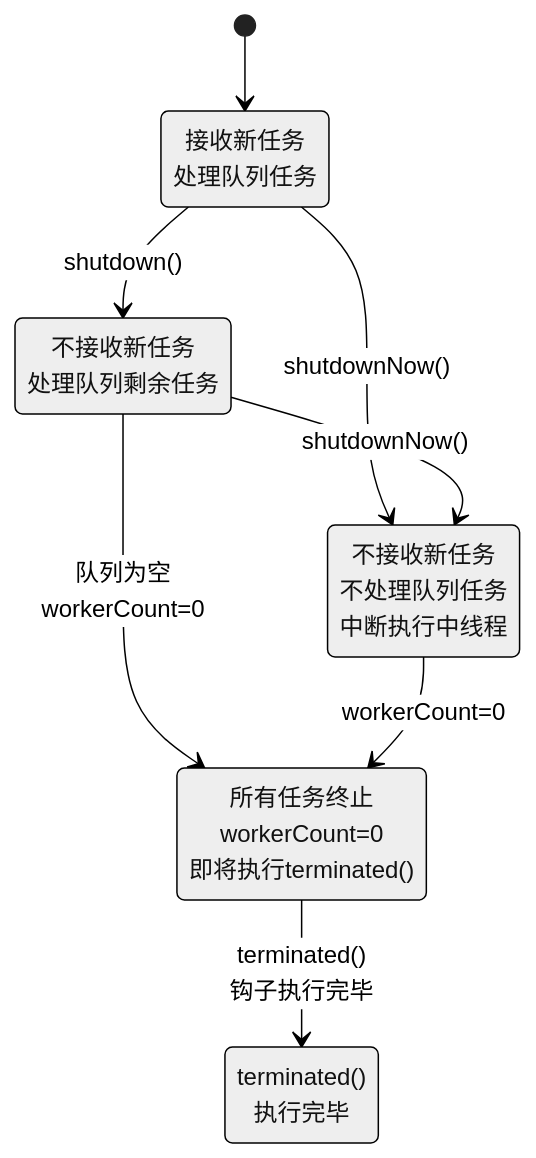
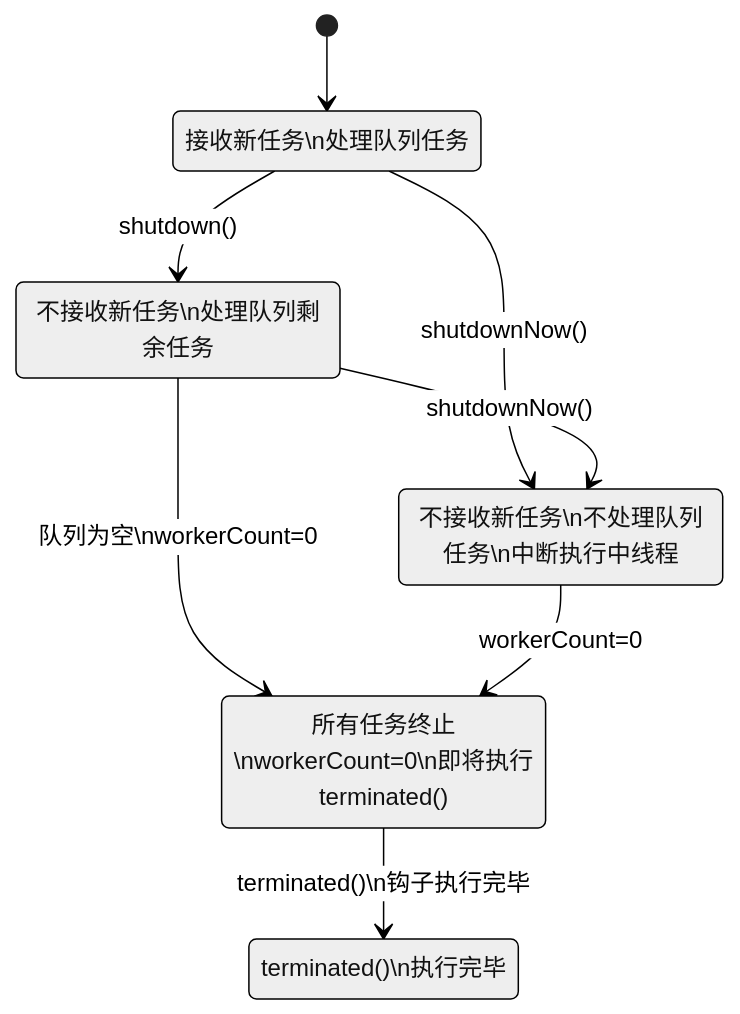
One commit to yaocat55/yaocat55.github.io changed the second of 6 diagrams in content/posts/concurrency/ThreadPoolExecutor.md. Above: the diagram before and after it, drawn with Mermaid (neutral theme). The commit also changed other lines of this file and 155 other files, not shown here.

````diff
--- a/content/posts/concurrency/ThreadPoolExecutor.md
+++ b/content/posts/concurrency/ThreadPoolExecutor.md
@@ -327,16 +327,16 @@
 ```mermaid
 stateDiagram-v2
     [*] --> RUNNING
-    RUNNING: 接收新任务<br/>处理队列任务
-    SHUTDOWN: 不接收新任务<br/>处理队列剩余任务
-    STOP: 不接收新任务<br/>不处理队列任务<br/>中断执行中线程
-    TIDYING: 所有任务终止<br/>workerCount=0<br/>即将执行terminated()
-    TERMINATED: terminated()<br/>执行完毕
+    RUNNING: 接收新任务\n处理队列任务
+    SHUTDOWN: 不接收新任务\n处理队列剩余任务
+    STOP: 不接收新任务\n不处理队列任务\n中断执行中线程
+    TIDYING: 所有任务终止\nworkerCount=0\n即将执行terminated()
+    TERMINATED: terminated()\n执行完毕
 
     RUNNING --> SHUTDOWN: shutdown()
     RUNNING --> STOP: shutdownNow()
     SHUTDOWN --> STOP: shutdownNow()
-    SHUTDOWN --> TIDYING: 队列为空<br/>workerCount=0
+    SHUTDOWN --> TIDYING: 队列为空\nworkerCount=0
     STOP --> TIDYING: workerCount=0
-    TIDYING --> TERMINATED: terminated()<br/>钩子执行完毕
+    TIDYING --> TERMINATED: terminated()\n钩子执行完毕
 ```
````
